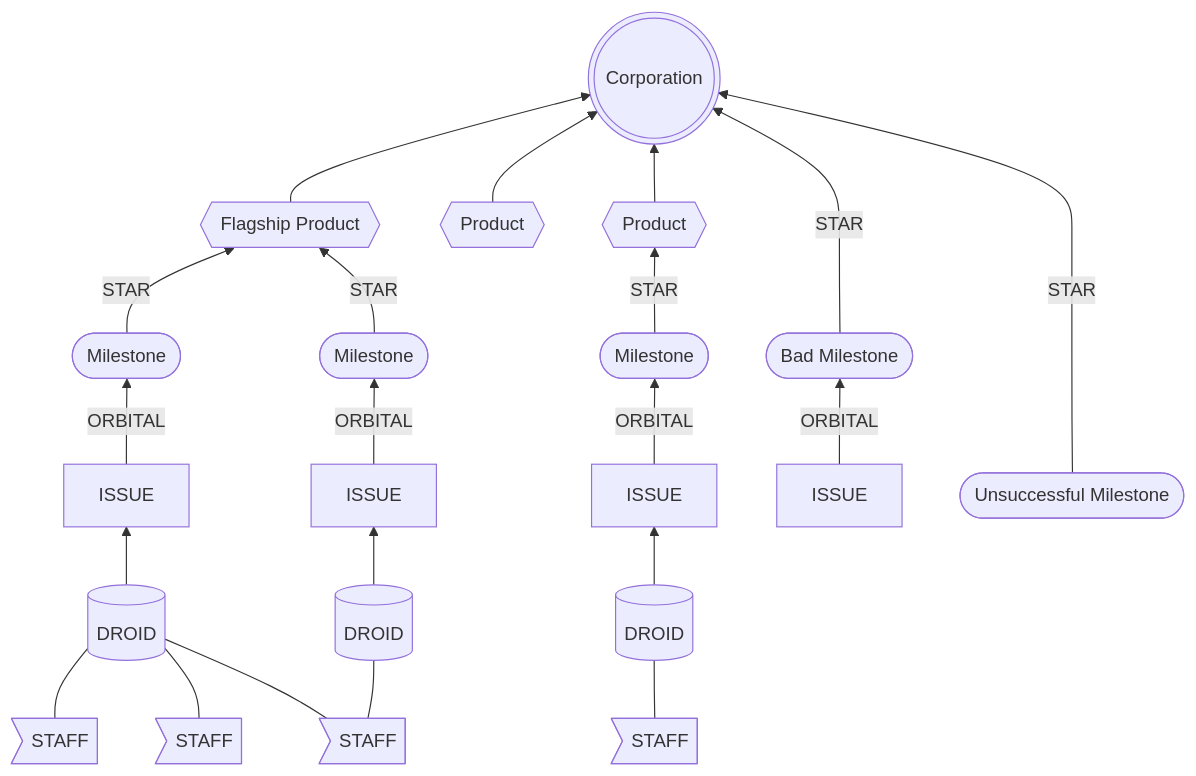
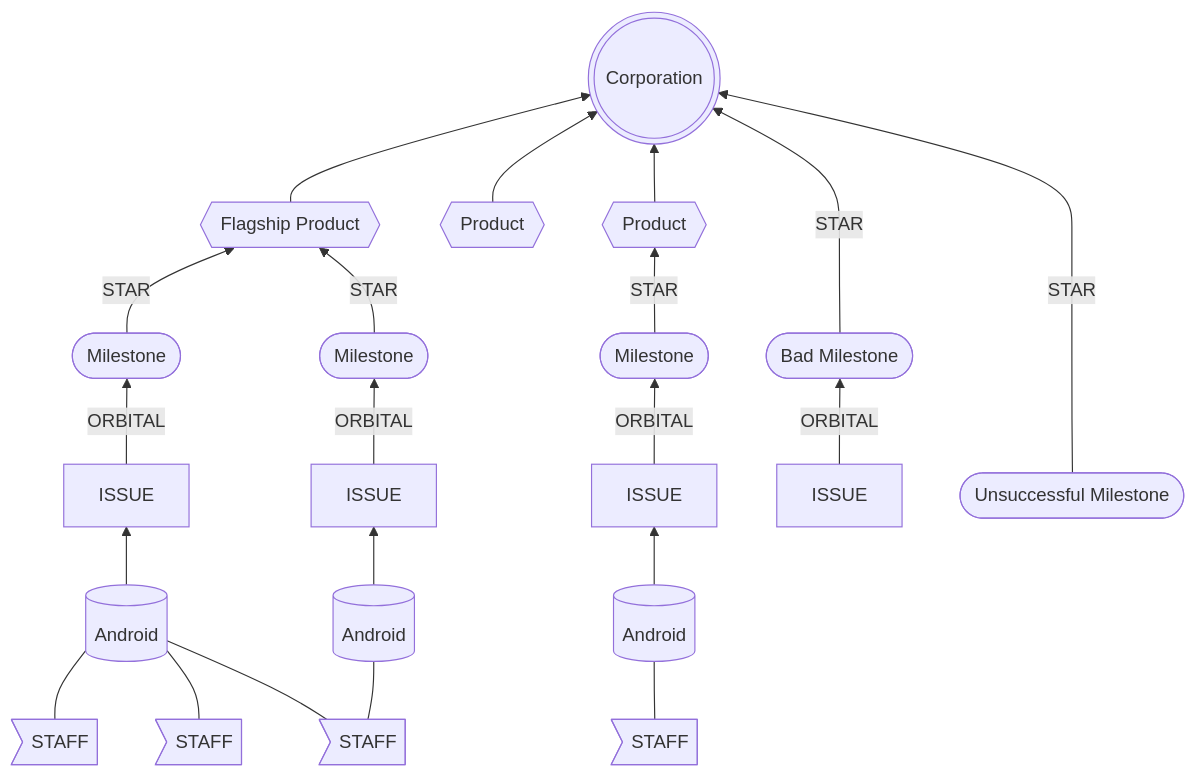
Before and after one commit to WorldEnterpriseGroup/.github: the second of 2 diagrams in profile/README.md, drawn with Mermaid. The commit also changed other lines of this file, not shown here.

````diff
--- a/profile/README.md
+++ b/profile/README.md
@@ -60,12 +60,12 @@
 ```mermaid 
 graph BT
 O{{Flagship Product}}-->id1(((Corporation)))
 P{{Product}}-->id1(((Corporation)))
-ZA>STAFF]---DRZ[(DROID)]-->XA[ISSUE]--ORBITAL-->W([Milestone])--STAR-->V{{Product}}-->id1(((Corporation)))
-ZB>STAFF]---DR[(DROID)]-->XC[ISSUE]--ORBITAL-->Q([Milestone])--STAR-->O{{Flagship Product}}
-ZE>STAFF]---DR[(DROID)]
-ZF>STAFF]---DR[(DROID)]
-ZF>STAFF]---Du[(DROID)]-->XD[ISSUE]--ORBITAL-->R([Milestone])--STAR-->O{{Flagship Product}}
+ZA>STAFF]---DRZ[(Android)]-->XA[ISSUE]--ORBITAL-->W([Milestone])--STAR-->V{{Product}}-->id1(((Corporation)))
+ZB>STAFF]---DR[(Android)]-->XC[ISSUE]--ORBITAL-->Q([Milestone])--STAR-->O{{Flagship Product}}
+ZE>STAFF]---DR[(Android)]
+ZF>STAFF]---DR[(Android)]
+ZF>STAFF]---Du[(Android)]-->XD[ISSUE]--ORBITAL-->R([Milestone])--STAR-->O{{Flagship Product}}
 XE[ISSUE]--ORBITAL-->S([Bad Milestone])--STAR--->id1(((Corporation)))
 T([Unsuccessful Milestone])--STAR---->id1(((Corporation)))
 ```
````
